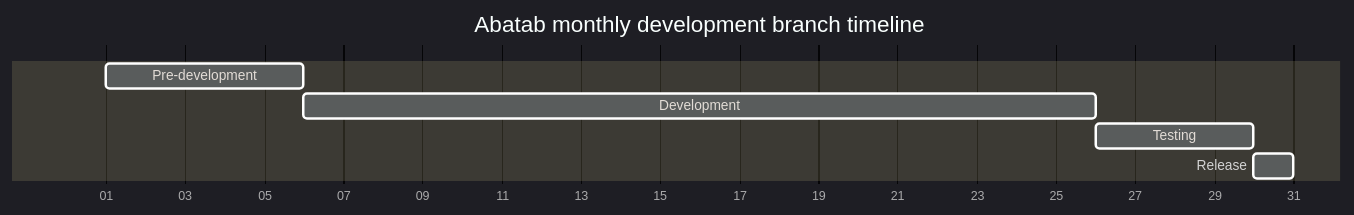
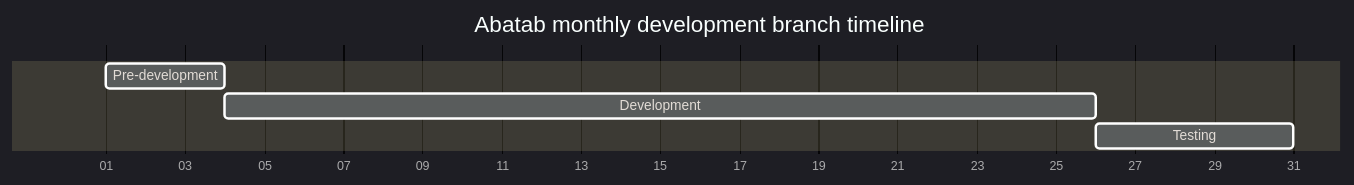
One commit to spectrum-health-systems/Abatab changed the first of 3 diagrams in README_development.md. Above: the diagram before and after it, drawn with Mermaid.

````diff
--- a/README_development.md
+++ b/README_development.md
@@ -72,11 +72,10 @@
 ```mermaid
 %%{init: {'theme':'dark'}}%%
 gantt
   title Abatab monthly development branch timeline
   dateFormat X
   axisFormat %d
-  Pre-development : 0, 5d
-  Development : 20d
-  Testing : 4d
-  Release : 1d
+  Pre-development : 0, 3d
+  Development : 22d
+  Testing : 5d
 ```
````
